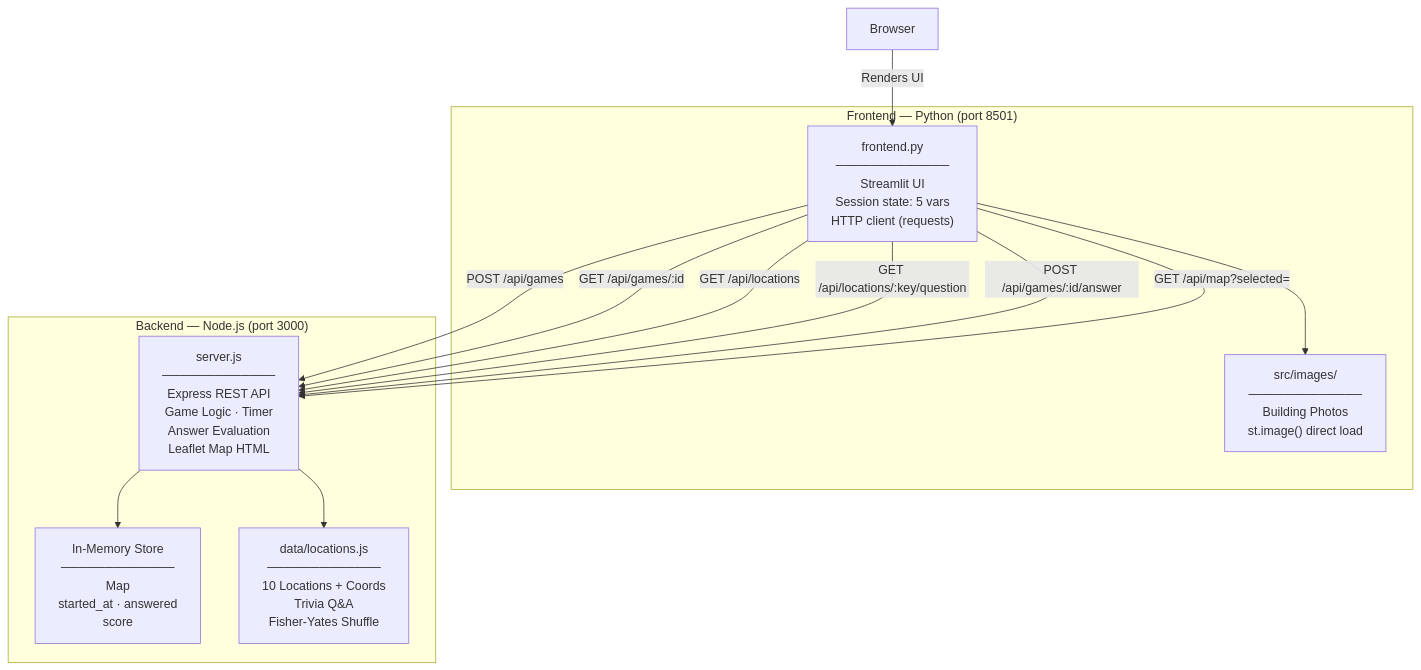
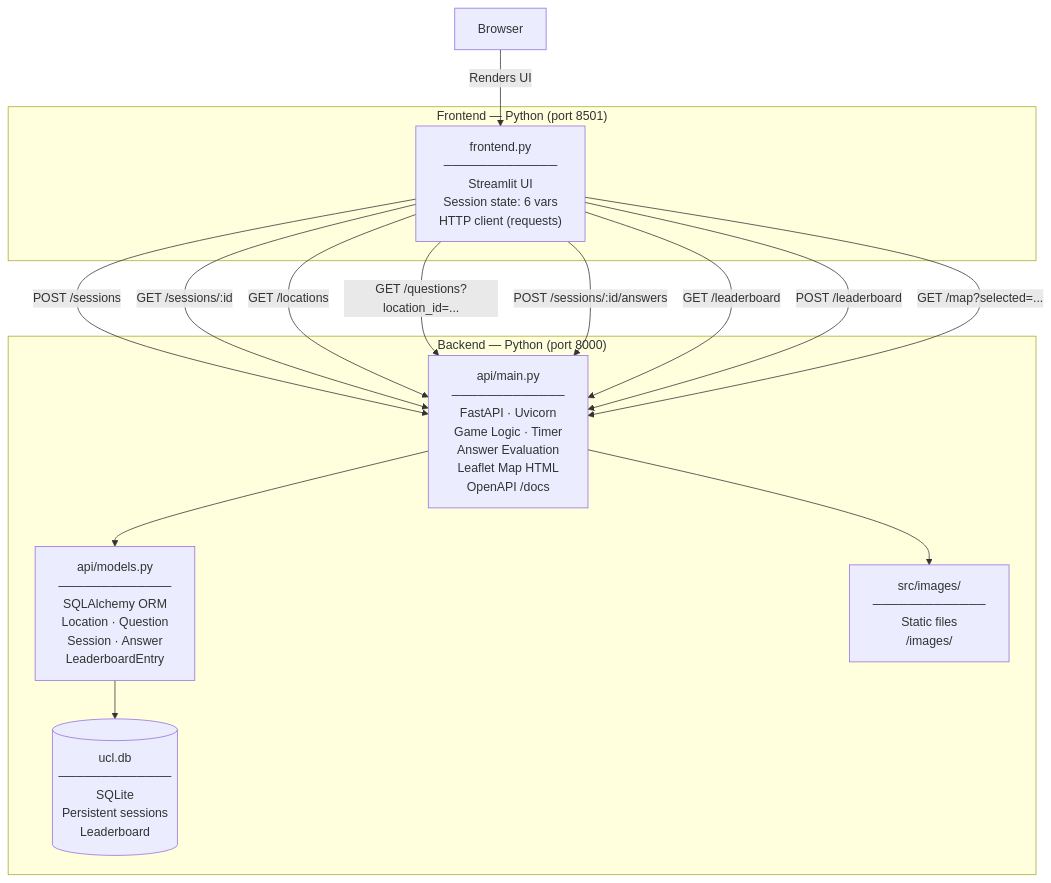
One commit to catalinatan/UCL-200 changed the diagram in README.md. Above: the diagram before and after it, drawn with Mermaid. The commit also changed other lines of this file and 16 other files, not shown here.

First line of the commit message:
Replace Express backend with FastAPI + SQLite

````diff
--- a/README.md
+++ b/README.md
@@ -30,44 +32,48 @@
 ```mermaid
 graph TB
     subgraph Frontend["Frontend — Python (port 8501)"]
         ST["frontend.py
         ─────────────
         Streamlit UI
-        Session state: 5 vars
+        Session state: 6 vars
         HTTP client (requests)"]
-        Media["src/images/
-        ─────────────
-        Building Photos
-        st.image() direct load"]
     end
 
-    subgraph Backend["Backend — Node.js (port 3000)"]
-        API["server.js
+    subgraph Backend["Backend — Python (port 8000)"]
+        API["api/main.py
         ─────────────
-        Express REST API
+        FastAPI · Uvicorn
         Game Logic · Timer
         Answer Evaluation
-        Leaflet Map HTML"]
-        Store["In-Memory Store
+        Leaflet Map HTML
+        OpenAPI /docs"]
+        ORM["api/models.py
         ─────────────
-        Map<UUID, Session>
-        started_at · answered
-        score"]
-        Data["data/locations.js
+        SQLAlchemy ORM
+        Location · Question
+        Session · Answer
+        LeaderboardEntry"]
+        DB[("ucl.db
         ─────────────
-        10 Locations + Coords
-        Trivia Q&A
-        Fisher-Yates Shuffle"]
+        SQLite
+        Persistent sessions
+        Leaderboard")]
+        Images["src/images/
+        ─────────────
+        Static files
+        /images/<file>"]
     end
 
     Browser["Browser"] -->|"Renders UI"| ST
-    ST -->|"POST /api/games"| API
-    ST -->|"GET /api/games/:id"| API
-    ST -->|"GET /api/locations"| API
-    ST -->|"GET /api/locations/:key/question"| API
-    ST -->|"POST /api/games/:id/answer"| API
-    ST -->|"GET /api/map?selected=<key>"| API
-    API --> Store
-    API --> Data
-    ST --> Media
+    ST -->|"POST /sessions"| API
+    ST -->|"GET /sessions/:id"| API
+    ST -->|"GET /locations"| API
+    ST -->|"GET /questions?location_id=..."| API
+    ST -->|"POST /sessions/:id/answers"| API
+    ST -->|"GET /leaderboard"| API
+    ST -->|"POST /leaderboard"| API
+    ST -->|"GET /map?selected=..."| API
+    API --> ORM
+    ORM --> DB
+    API --> Images
 ```
````
